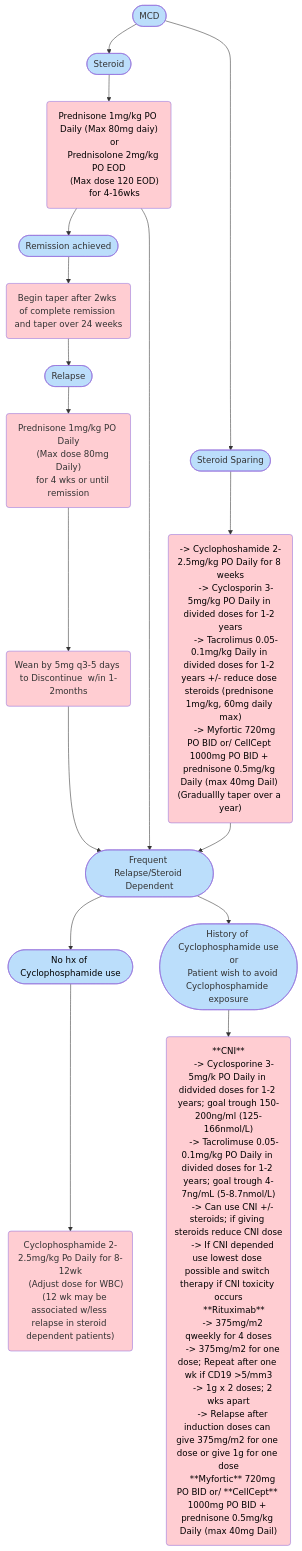
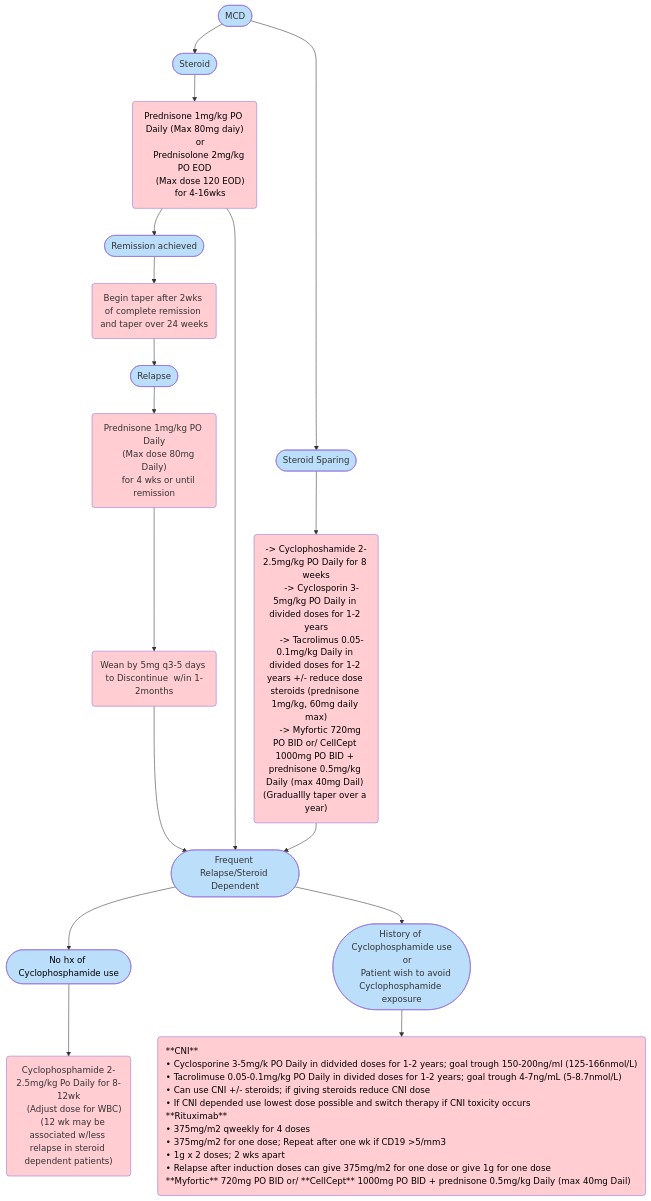
The diagram in docs/MCD.md (TTUNEPH2025/GN), drawn with Mermaid before and after one commit.

Commit message:
Update MCD.md
added bullet characters, and added style to n12 for text-align:left and white-space:nowrap

````diff
--- a/docs/MCD.md
+++ b/docs/MCD.md
@@ -41,61 +41,61 @@
 ```mermaid
 flowchart TB
     A(["MCD"]) --> B(["Steroid"]) & n1(["Steroid Sparing"])
     B --> C["Prednisone 1mg/kg PO Daily (Max 80mg daiy)
     or
     Prednisolone 2mg/kg PO EOD
     (Max dose 120 EOD)
     for 4-16wks"]
     C --> n2(["Remission achieved"]) & n8(["Frequent Relapse/Steroid Dependent"])
     n2 --> n3["Begin taper after 2wks of complete remission and taper over 24 weeks"]
     n3 --> n4(["Relapse"])
     n4 --> n5["Prednisone 1mg/kg PO Daily
     (Max dose 80mg Daily)
     for 4 wks or until remission"]
     n5 --> n6["Wean by 5mg q3-5 days to Discontinue  w/in 1-2months"]
     n1 --> n7["-> Cyclophoshamide 2-2.5mg/kg PO Daily for 8 weeks
     -> Cyclosporin 3-5mg/kg PO Daily in divided doses for 1-2 years
     -> Tacrolimus 0.05-0.1mg/kg Daily in divided doses for 1-2 years +/- reduce dose steroids (prednisone 1mg/kg, 60mg daily max)
     -> Myfortic 720mg PO BID or/ CellCept 1000mg PO BID + prednisone 0.5mg/kg Daily (max 40mg Dail) (Graduallly taper over a year)"]
     n7 --> n8
     n6 --> n8
     n8 --> n9(["No hx of Cyclophosphamide use"]) & n10(["History of Cyclophosphamide use
     or
     Patient wish to avoid Cyclophosphamide exposure"])
     n9 --> n11["Cyclophosphamide 2-2.5mg/kg Po Daily for 8-12wk
     (Adjust dose for WBC)
     (12 wk may be associated w/less relapse in steroid dependent patients)"]
     n10 --> n12["**CNI**
-    -> Cyclosporine 3-5mg/k PO Daily in didvided doses for 1-2 years; goal trough 150-200ng/ml (125-166nmol/L)
-    -> Tacrolimuse 0.05-0.1mg/kg PO Daily in divided doses for 1-2 years; goal trough 4-7ng/mL (5-8.7nmol/L)
-    -> Can use CNI +/- steroids; if giving steroids reduce CNI dose
-    -> If CNI depended use lowest dose possible and switch therapy if CNI toxicity occurs
+    • Cyclosporine 3-5mg/k PO Daily in didvided doses for 1-2 years; goal trough 150-200ng/ml (125-166nmol/L)
+    • Tacrolimuse 0.05-0.1mg/kg PO Daily in divided doses for 1-2 years; goal trough 4-7ng/mL (5-8.7nmol/L)
+    • Can use CNI +/- steroids; if giving steroids reduce CNI dose
+    • If CNI depended use lowest dose possible and switch therapy if CNI toxicity occurs
     **Rituximab**
-    -> 375mg/m2 qweekly for 4 doses
-    -> 375mg/m2 for one dose; Repeat after one wk if CD19 >5/mm3
-    -> 1g x 2 doses; 2 wks apart
-    -> Relapse after induction doses can give 375mg/m2 for one dose or give 1g for one dose
+    • 375mg/m2 qweekly for 4 doses
+    • 375mg/m2 for one dose; Repeat after one wk if CD19 >5/mm3
+    • 1g x 2 doses; 2 wks apart
+    • Relapse after induction doses can give 375mg/m2 for one dose or give 1g for one dose
     **Myfortic** 720mg PO BID or/ **CellCept** 1000mg PO BID + prednisone 0.5mg/kg Daily (max 40mg Dail)"]
     C@{ shape: rounded}
     n3@{ shape: rounded}
     n5@{ shape: rounded}
     n6@{ shape: rounded}
     n7@{ shape: rounded}
     n11@{ shape: rounded}
     n12@{ shape: rounded}
     style A fill:#BBDEFB
     style B fill:#BBDEFB
     style n1 fill:#BBDEFB
     style C fill:#FFCDD2,color:#000000
     style n2 fill:#BBDEFB
     style n8 fill:#BBDEFB
     style n3 fill:#FFCDD2
     style n4 fill:#BBDEFB
     style n5 fill:#FFCDD2
     style n6 fill:#FFCDD2
     style n7 color:#000000,fill:#FFCDD2
     style n9 fill:#BBDEFB,color:#000000
     style n10 fill:#BBDEFB
     style n11 fill:#FFCDD2
-    style n12 fill:#FFCDD2,color:#000000
+    style n12 fill:#FFCDD2,color:#000000,text-align:left,white-space:nowrap
 ```
````
